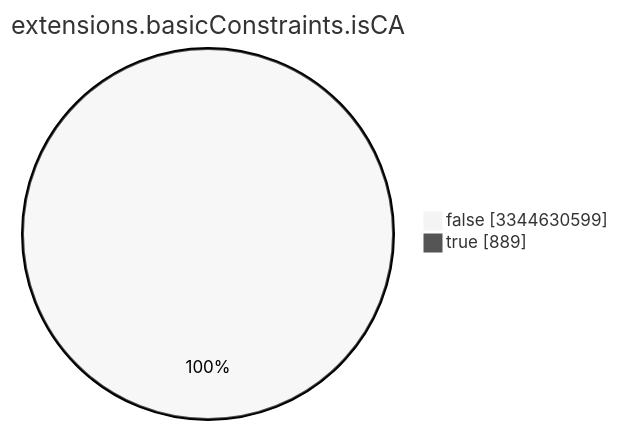
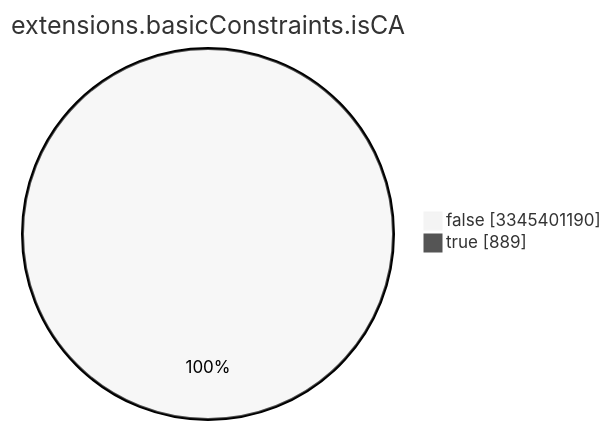
The seventh of 15 diagrams in TOTAL/README.md (christiankrug/ctmonitor_visualization), drawn with Mermaid (neutral theme) before and after one commit. The commit also changed other lines of this file, not shown here.

````diff
--- a/TOTAL/README.md
+++ b/TOTAL/README.md
@@ -3089,6 +3089,6 @@
 ```mermaid
 pie showData
 title extensions.basicConstraints.isCA
-"false" :3344630599
+"false" :3345401190
 "true" :889
 ```
````
